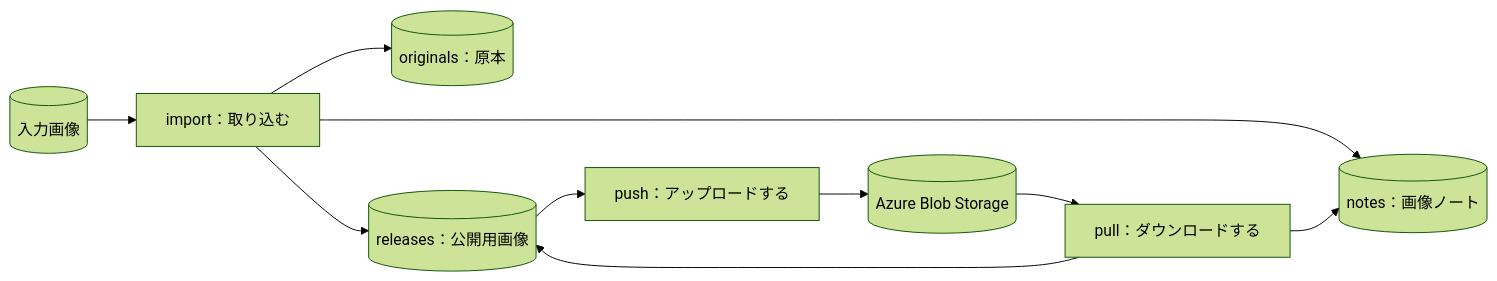
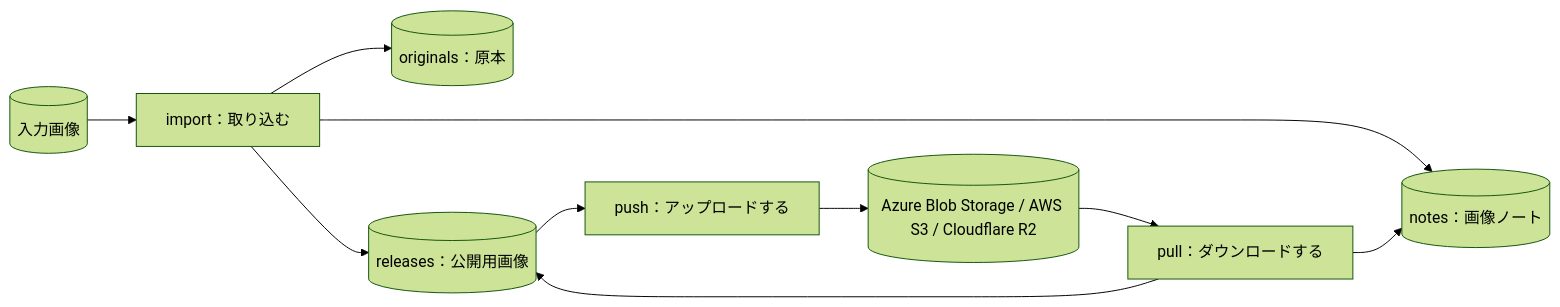
Before and after one commit to tuckn/tkn_object_storage_catalog: the diagram in README.md, drawn with Mermaid (forest theme). The commit also changed other lines of this file and 33 other files, not shown here.

````diff
--- a/README.md
+++ b/README.md
@@ -90,12 +91,12 @@
 ```mermaid
 flowchart LR
     Input[("入力画像")] --> Import["import：取り込む"]
     Import --> Originals[("originals：原本")]
     Import --> Releases[("releases：公開用画像")]
     Import --> Notes[("notes：画像ノート")]
     Releases --> Push["push：アップロードする"]
-    Push --> Blob[("Azure Blob Storage")]
+    Push --> Blob[("Azure Blob Storage / AWS S3 / Cloudflare R2")]
     Blob --> Pull["pull：ダウンロードする"]
     Pull --> Releases
     Pull --> Notes
 ```
````
